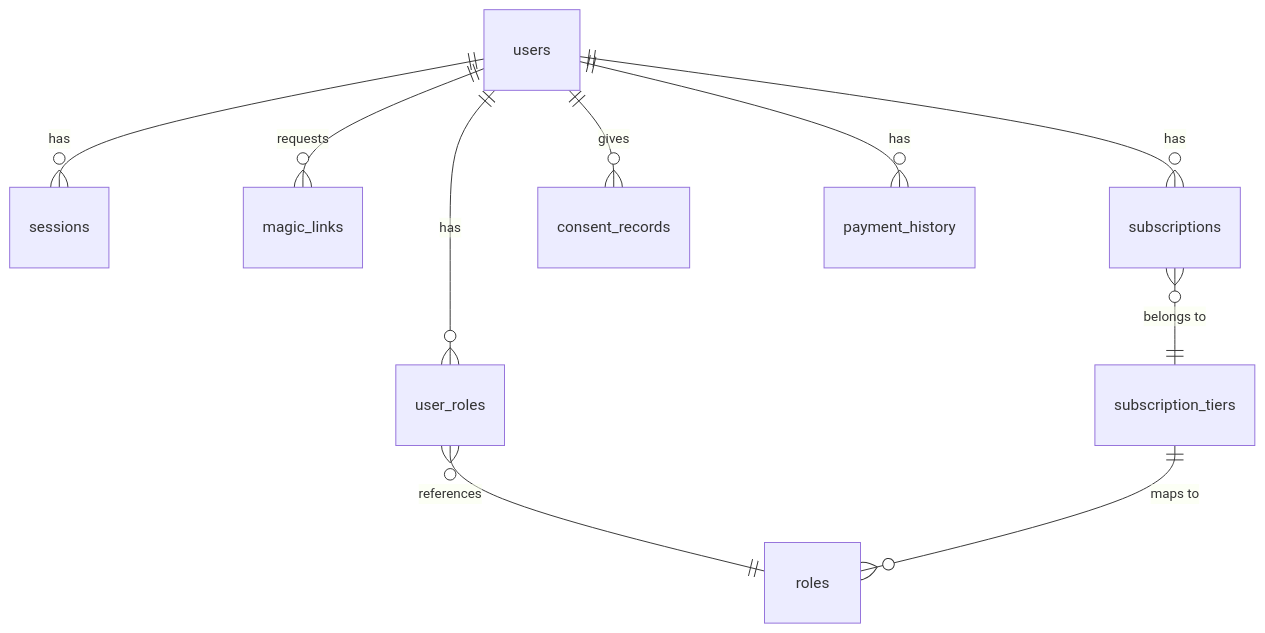
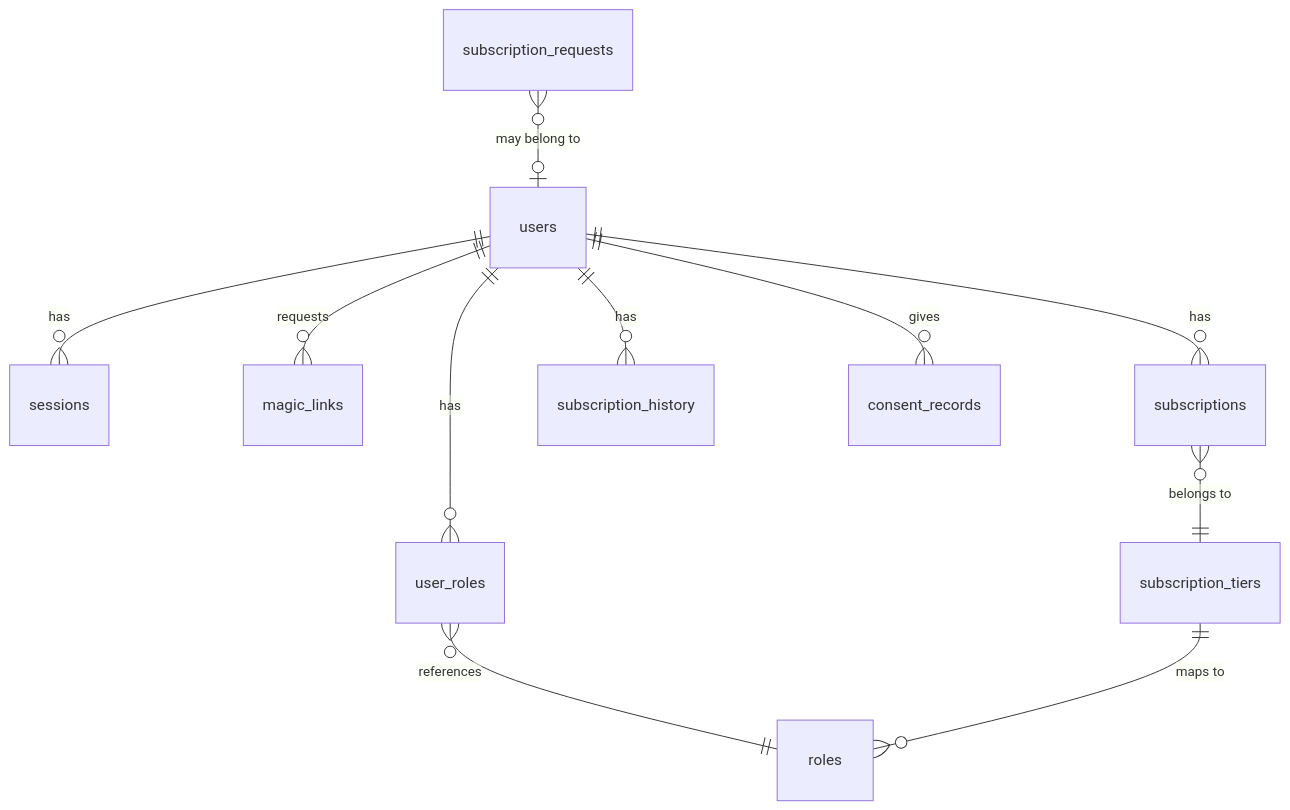
Before and after one commit to vadagama/jazz-trainer: the seventh of 7 diagrams in docs/AUTH.md, drawn with Mermaid. The commit also changed other lines of this file and 49 other files, not shown here.

````diff
--- a/docs/AUTH.md
+++ b/docs/AUTH.md
@@ -903,12 +1195,13 @@
 ```mermaid
 erDiagram
     users ||--o{ sessions : has
     users ||--o{ magic_links : "requests"
     users ||--o{ user_roles : has
     users ||--o{ subscriptions : has
+    users ||--o{ subscription_history : "has"
     users ||--o{ consent_records : "gives"
-    users ||--o{ payment_history : "has"
+    subscription_requests }o--o| users : "may belong to"
     subscriptions }o--|| subscription_tiers : "belongs to"
     user_roles }o--|| roles : "references"
     subscription_tiers ||--o{ roles : "maps to"
 ```
````
